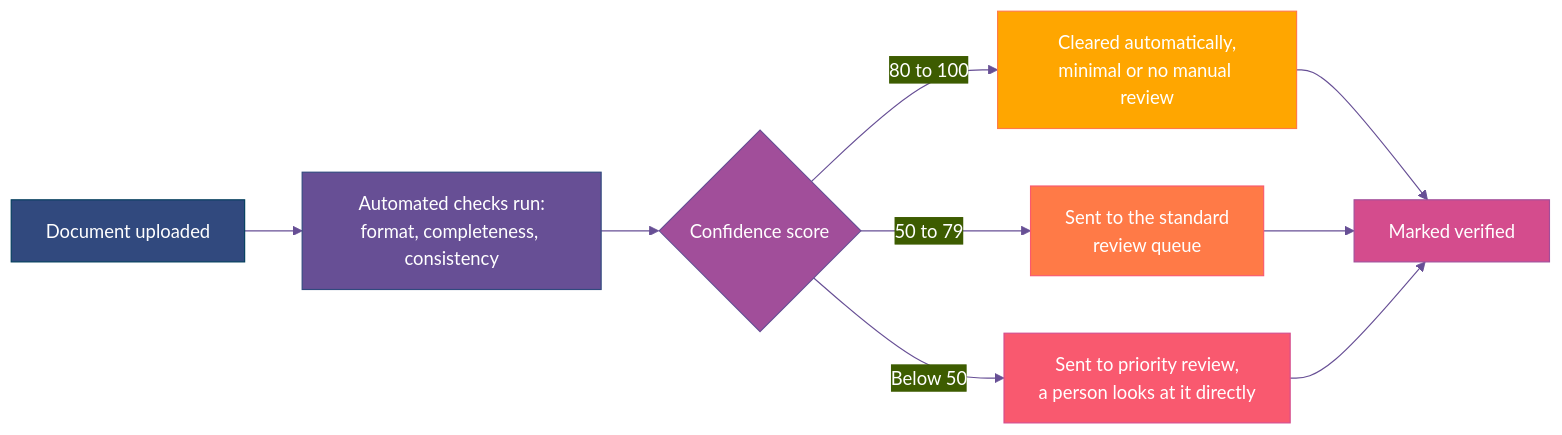
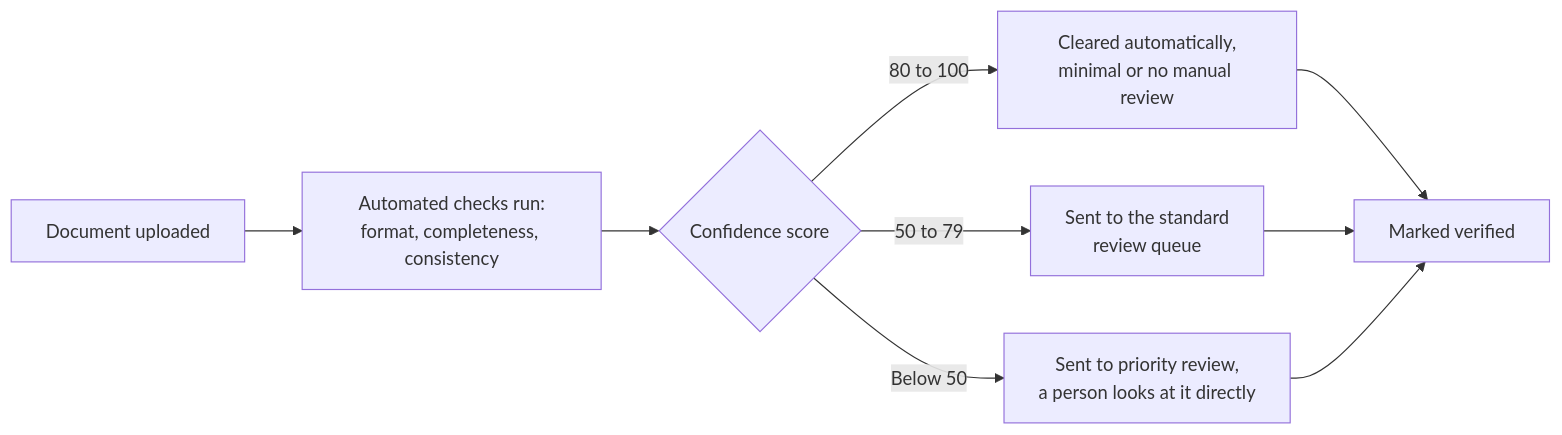
Before and after one commit to aashrutsharma/whitepaper: the first of 3 diagrams in technical/core-capabilities.mdx, drawn with Mermaid. The commit also changed other lines of this file and 16 other files, not shown here.

````diff
--- a/technical/core-capabilities.mdx
+++ b/technical/core-capabilities.mdx
@@ -40,30 +41,12 @@
 ```mermaid actions={true}
-%%{init: {
-  'theme': 'base',
-  'themeVariables': {
-    'primaryColor': '#003d5c',
-    'primaryTextColor': '#ffffff',
-    'primaryBorderColor': '#31497e',
-    'lineColor': '#674f95',
-    'background': 'transparent',
-    'fontFamily': 'Inter, sans-serif'
-  }
-}}%%
+
 flowchart LR
     A[Document uploaded] --> B[Automated checks run:\nformat, completeness, consistency]
     B --> C{Confidence score}
     C -->|80 to 100| D[Cleared automatically,\nminimal or no manual review]
     C -->|50 to 79| E[Sent to the standard\nreview queue]
     C -->|Below 50| F[Sent to priority review,\na person looks at it directly]
     D --> G[Marked verified]
     E --> G
     F --> G
-
-    style A fill:#31497e,stroke:#003d5c,color:#fff
-    style B fill:#674f95,stroke:#31497e,color:#fff
-    style C fill:#a14e9a,stroke:#674f95,color:#fff
-    style D fill:#ffa600,stroke:#ff7a47,color:#fff
-    style E fill:#ff7a47,stroke:#f9596f,color:#fff
-    style F fill:#f9596f,stroke:#d44c8d,color:#fff
-    style G fill:#d44c8d,stroke:#a14e9a,color:#fff
 ```
````
